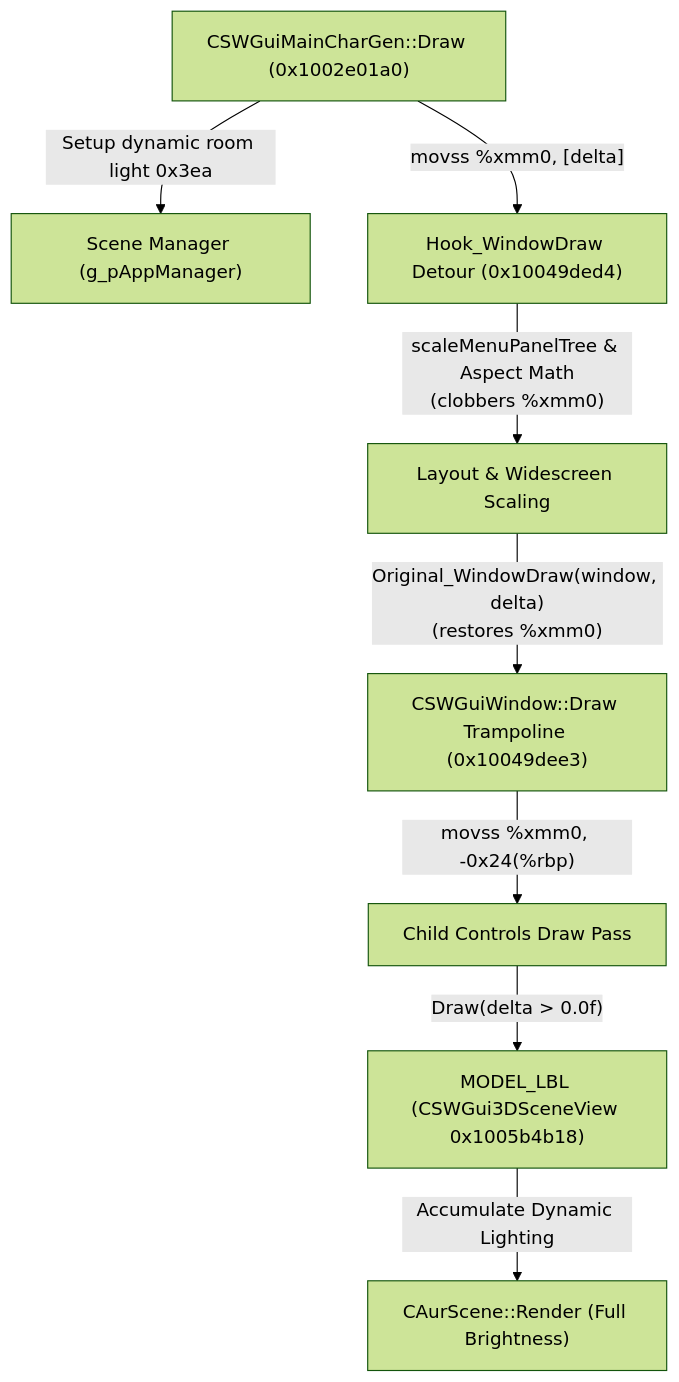
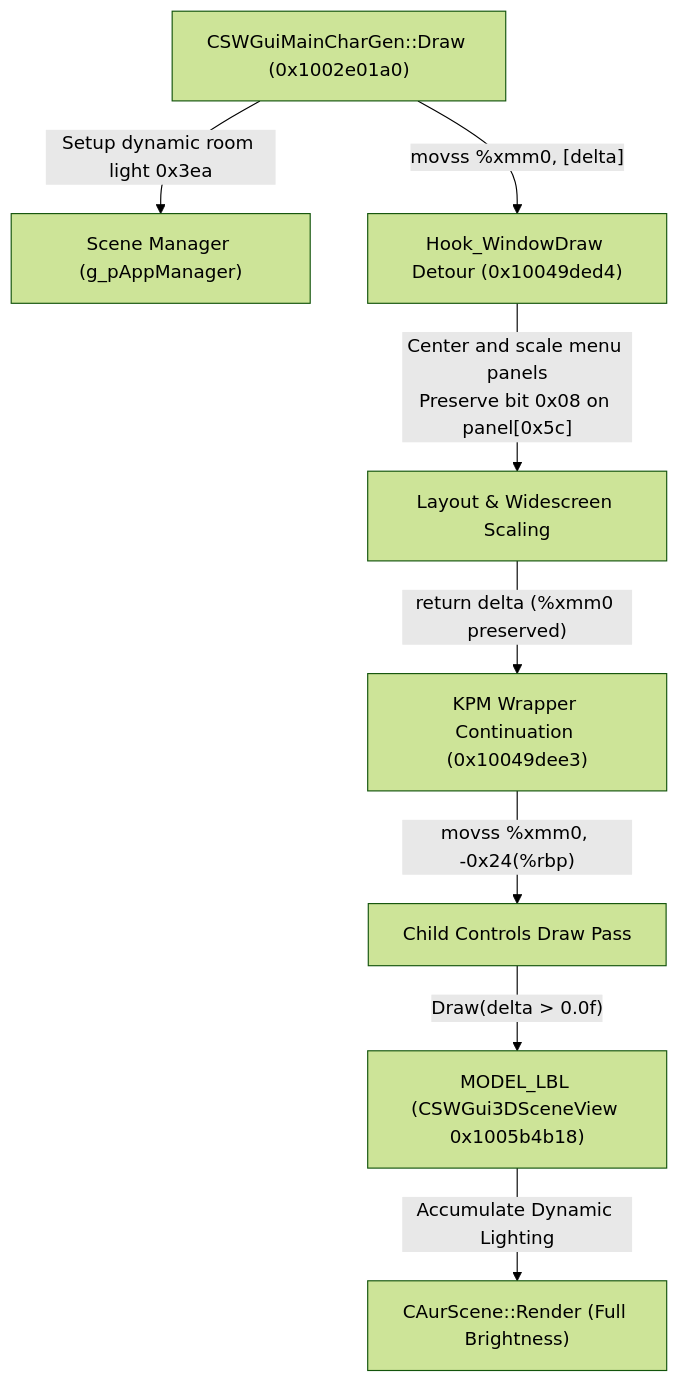
Before and after one commit to LaneDibello/Kotor-Patch-Manager: the second of 2 diagrams in Patches/K1WidescreenPatch/README.md, drawn with Mermaid (forest theme). The commit also changed other lines of this file, not shown here.

````diff
--- a/Patches/K1WidescreenPatch/README.md
+++ b/Patches/K1WidescreenPatch/README.md
@@ -721,10 +711,10 @@
 ```mermaid
 flowchart TD
     A["CSWGuiMainCharGen::Draw (0x1002e01a0)"] -->|"Setup dynamic room light 0x3ea"| B["Scene Manager (g_pAppManager)"]
     A -->|"movss %xmm0, [delta]"| C["Hook_WindowDraw Detour (0x10049ded4)"]
-    C -->|"scaleMenuPanelTree & Aspect Math<br/>(clobbers %xmm0)"| D["Layout & Widescreen Scaling"]
-    D -->|"Original_WindowDraw(window, delta)<br/>(restores %xmm0)"| E["CSWGuiWindow::Draw Trampoline (0x10049dee3)"]
+    C -->|"Center and scale menu panels<br/>Preserve bit 0x08 on panel[0x5c]"| D["Layout & Widescreen Scaling"]
+    D -->|"return delta (%xmm0 preserved)"| E["KPM Wrapper Continuation (0x10049dee3)"]
     E -->|"movss %xmm0, -0x24(%rbp)"| F["Child Controls Draw Pass"]
     F -->|"Draw(delta > 0.0f)"| G["MODEL_LBL (CSWGui3DSceneView 0x1005b4b18)"]
     G -->|"Accumulate Dynamic Lighting"| H["CAurScene::Render (Full Brightness)"]
 ```
````
